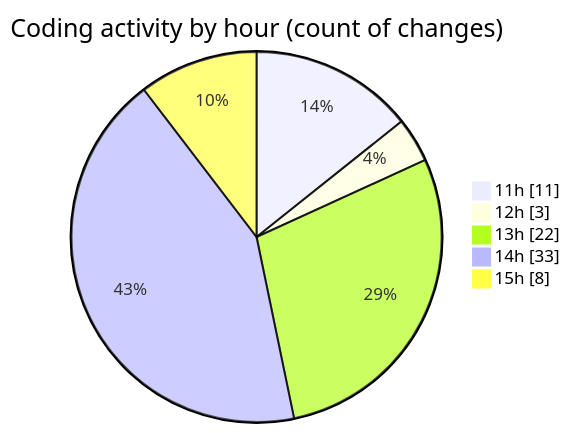
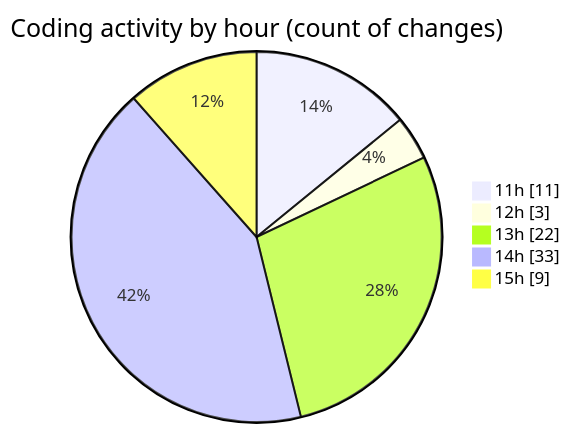
Before and after one commit to momahboobian/code-tracking: the second of 2 diagrams in 2026-05-20/cda/README.md, drawn with Mermaid. The commit also changed other lines of this file and 1 other file, not shown here.

````diff
--- a/2026-05-20/cda/README.md
+++ b/2026-05-20/cda/README.md
@@ -47,9 +48,9 @@
 ```mermaid
 pie showData
 title Coding activity by hour (count of changes)
 "11h" : 11
 "12h" : 3
 "13h" : 22
 "14h" : 33
-"15h" : 8
+"15h" : 9
 ```
````
